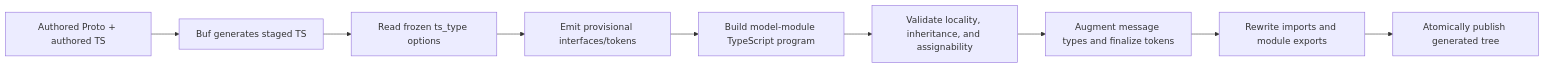
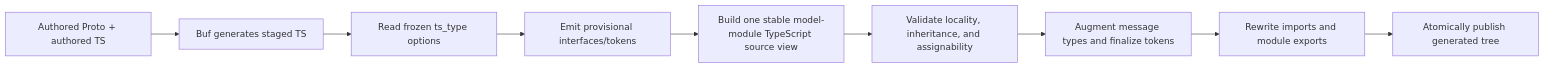
Before and after one commit to SpineEventEngine/spine-ts: the second of 2 diagrams in build-protocol/planning/WAVE_11_TS_TYPE_ROUTING_PLAN.md, drawn with Mermaid. The commit also changed other lines of this file and 5 other files, not shown here.

````diff
--- a/build-protocol/planning/WAVE_11_TS_TYPE_ROUTING_PLAN.md
+++ b/build-protocol/planning/WAVE_11_TS_TYPE_ROUTING_PLAN.md
@@ -162,11 +173,11 @@
 ```mermaid
 flowchart LR
     A["Authored Proto + authored TS"] --> B["Buf generates staged TS"]
     B --> C["Read frozen ts_type options"]
     C --> D["Emit provisional interfaces/tokens"]
-    D --> E["Build model-module TypeScript program"]
+    D --> E["Build one stable model-module TypeScript source view"]
     E --> F["Validate locality, inheritance, and assignability"]
     F --> G["Augment message types and finalize tokens"]
     G --> H["Rewrite imports and module exports"]
     H --> I["Atomically publish generated tree"]
 ```
````
